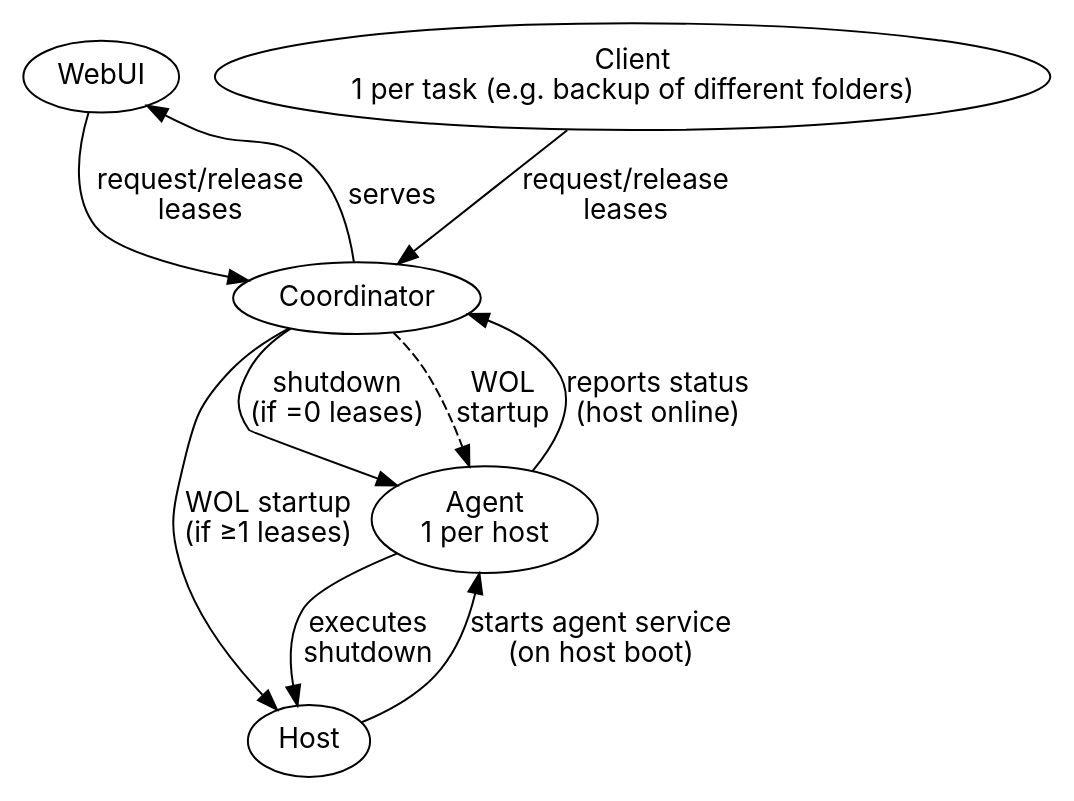
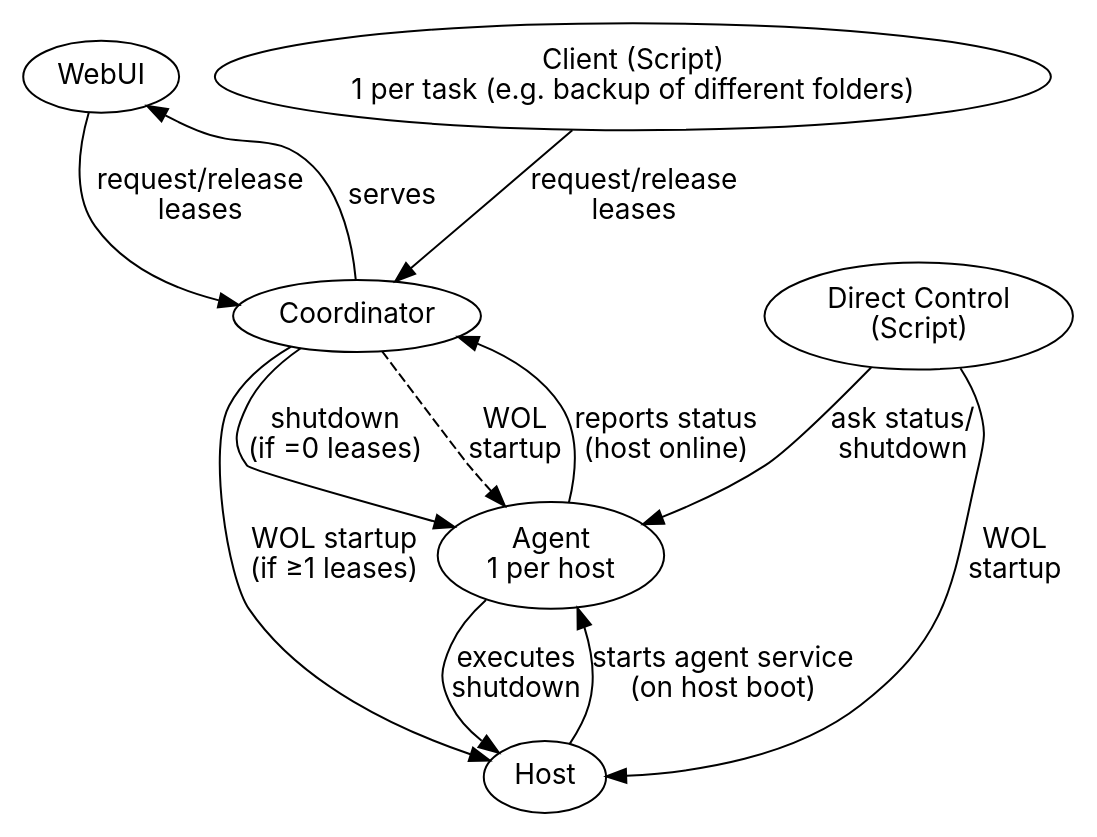
The diagram in frontend/assets/architecture.dot (9SMTM6/shuthost), drawn with Graphviz before and after one commit. The commit also changed 5 other files, not shown here.

Commit message:
add direct control scripts to architecture diagrams

```diff
--- a/frontend/assets/architecture.dot
+++ b/frontend/assets/architecture.dot
@@ -1,27 +1,32 @@
 digraph HostLifecycle {
   rankdir=TB;
   // Prefer Inter for generated diagrams to avoid serif fallbacks.
   node [shape=ellipse, fontname="Inter"];
   edge [fontname="Inter"];
 
   webui [label="WebUI"];
-  client [label="Client\n1 per task (e.g. backup of different folders)"];
+  client [label="Client (Script)\n1 per task (e.g. backup of different folders)"];
+  direct_control [label="Direct Control\n(Script)"];
   coordinator [label="Coordinator"];
   host [label="Host"];
   agent [label="Agent\n1 per host"];
 
   // Other relationships
   host -> agent [label="starts agent service\n(on host boot)"];
   coordinator -> webui [label="serves"];
 
   // Lease interactions (combined arrow)
   client -> coordinator [label="request/release\nleases"];
   webui -> coordinator [label="request/release\nleases"];
 
+  // Direct control interactions (alternative path)
+  direct_control -> host [label="WOL\nstartup"];
+  direct_control -> agent [label="ask status/\nshutdown"];
+
   // Host lifecycle commands
   coordinator -> host [label="WOL startup\n(if ≥1 leases)"];
   coordinator -> agent [label="shutdown\n(if =0 leases)"];
   agent -> host [label="executes\nshutdown"];
   coordinator -> agent [label="WOL\nstartup", style=dashed];
   agent -> coordinator [label="reports status\n(host online)"];
 }
```
